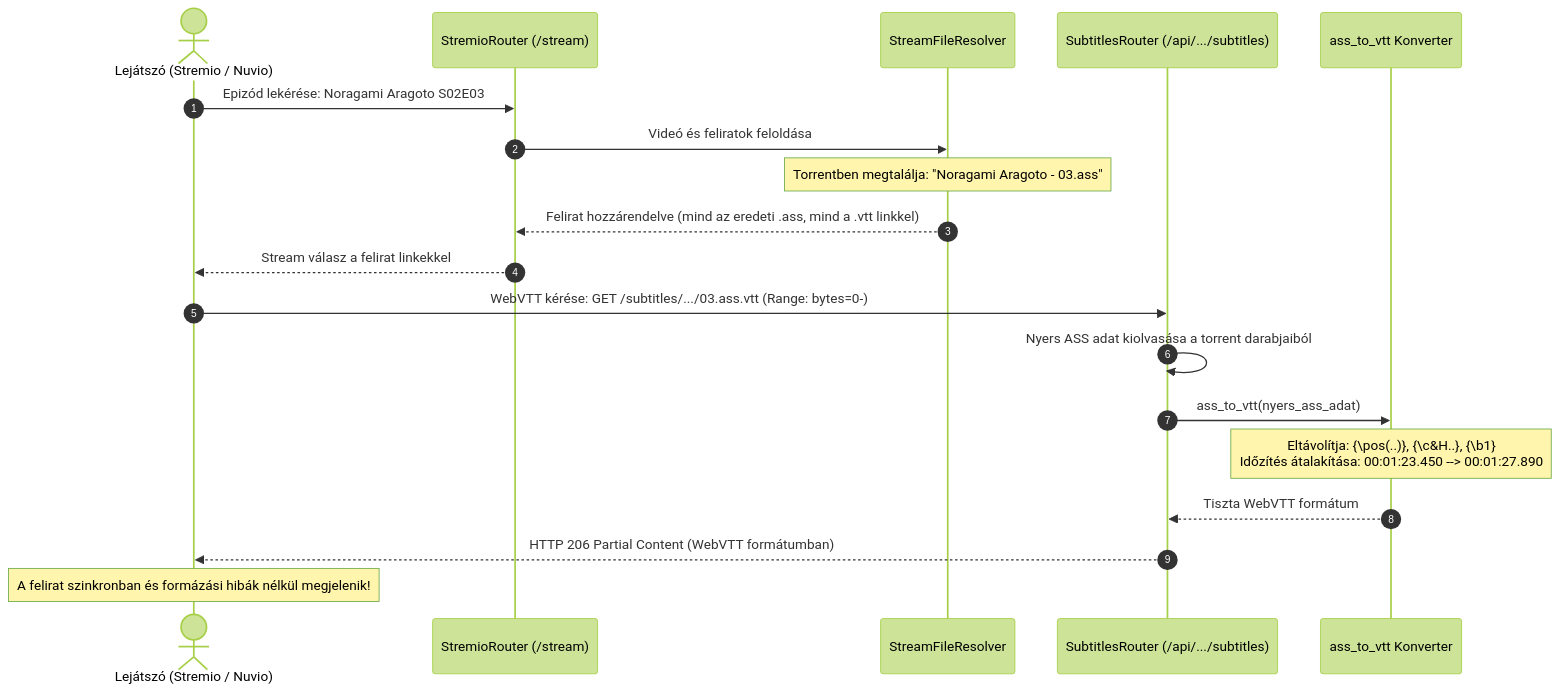
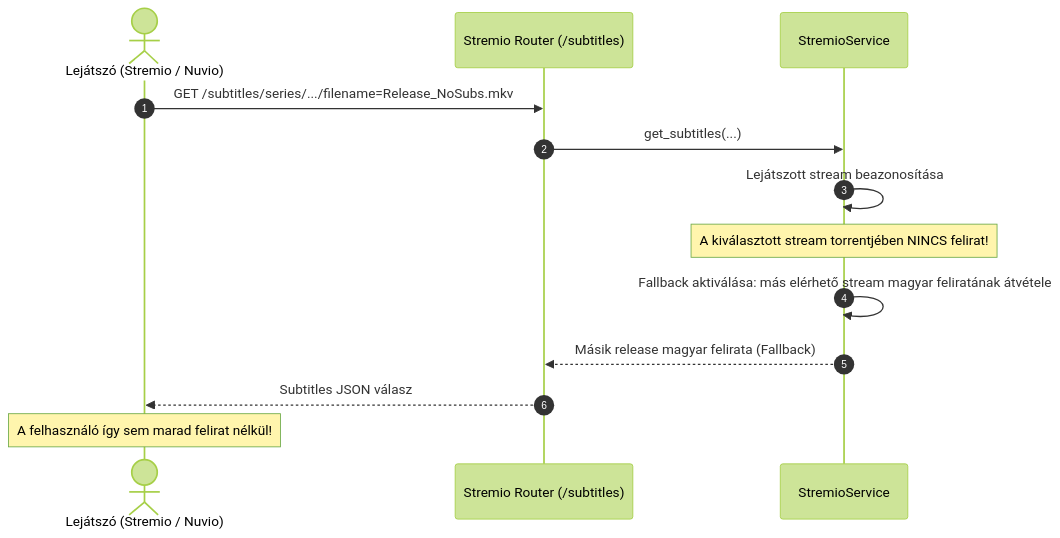
Before and after one commit to Levfero/stremhu-source-VibeCodedEdition: the second of 2 diagrams in README.md, drawn with Mermaid (forest theme). The commit also changed other lines of this file and 6 other files, not shown here.

Commit message:
feat(subtitles): deduplicate subtitles, enforce universal WebVTT, Hungarian-only filtering, and stream fallback

````diff
--- a/README.md
+++ b/README.md
@@ -105,23 +140,16 @@
 ```mermaid
 sequenceDiagram
     autonumber
     actor Player as Lejátszó (Stremio / Nuvio)
-    participant API as StremioRouter (/stream)
-    participant Resolver as StreamFileResolver
-    participant SubRouter as SubtitlesRouter (/api/.../subtitles)
-    participant Converter as ass_to_vtt Konverter
+    participant API as Stremio Router (/subtitles)
+    participant Service as StremioService
 
-    Player->>API: Epizód lekérése: Noragami Aragoto S02E03
-    API->>Resolver: Videó és feliratok feloldása
-    Note over Resolver: Torrentben megtalálja: "Noragami Aragoto - 03.ass"
-    Resolver-->>API: Felirat hozzárendelve (mind az eredeti .ass, mind a .vtt linkkel)
-    API-->>Player: Stream válasz a felirat linkekkel
-    
-    Player->>SubRouter: WebVTT kérése: GET /subtitles/.../03.ass.vtt (Range: bytes=0-)
-    SubRouter->>SubRouter: Nyers ASS adat kiolvasása a torrent darabjaiból
-    SubRouter->>Converter: ass_to_vtt(nyers_ass_adat)
-    Note over Converter: Eltávolítja: {\pos(..)}, {\c&H..}, {\b1}<br/>Időzítés átalakítása: 00:01:23.450 --> 00:01:27.890
-    Converter-->>SubRouter: Tiszta WebVTT formátum
-    SubRouter-->>Player: HTTP 206 Partial Content (WebVTT formátumban)
-    Note over Player: A felirat szinkronban és formázási hibák nélkül megjelenik!
+    Player->>API: GET /subtitles/series/.../filename=Release_NoSubs.mkv
+    API->>Service: get_subtitles(...)
+    Service->>Service: Lejátszott stream beazonosítása
+    Note over Service: A kiválasztott stream torrentjében NINCS felirat!
+    Service->>Service: Fallback aktiválása: más elérhető stream magyar feliratának átvétele
+    Service-->>API: Másik release magyar felirata (Fallback)
+    API-->>Player: Subtitles JSON válasz
+    Note over Player: A felhasználó így sem marad felirat nélkül!
 ```
````
